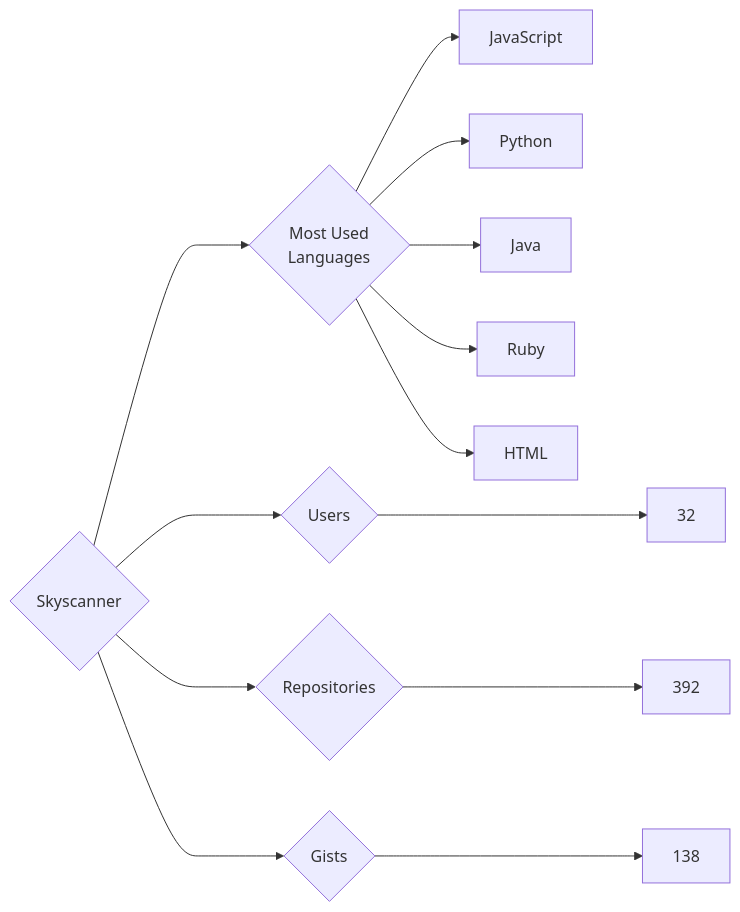
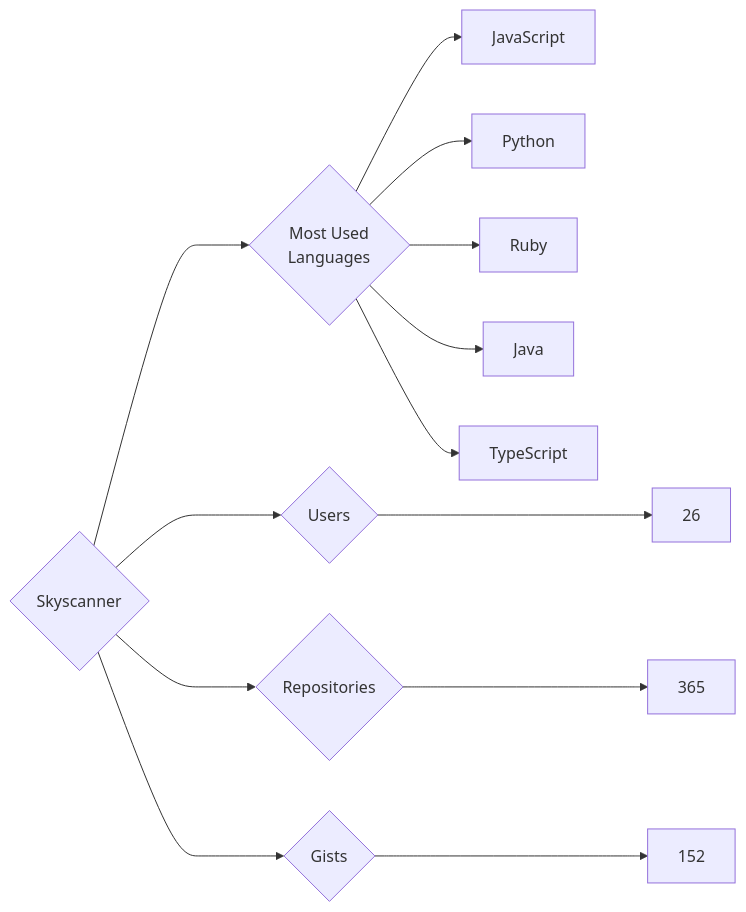
The diagram in targets/Skyscanner/README.md (trickest/insiders), drawn with Mermaid before and after one commit. The commit also changed 920 other files, not shown here.

````diff
--- a/targets/Skyscanner/README.md
+++ b/targets/Skyscanner/README.md
@@ -3,13 +3,13 @@
 ```mermaid
 graph LR
 COMPANY_NAME{Skyscanner}
-COMPANY_NAME ---> U{Users} ---> UN[32]
-COMPANY_NAME ---> R{Repositories} ---> RN[392]
-COMPANY_NAME ---> G{Gists} ---> GN[138]
+COMPANY_NAME ---> U{Users} ---> UN[26]
+COMPANY_NAME ---> R{Repositories} ---> RN[365]
+COMPANY_NAME ---> G{Gists} ---> GN[152]
 COMPANY_NAME ---> ML{Most Used<br>Languages}
 ML --> JavaScript[JavaScript]
 ML --> Python[Python]
+ML --> Ruby[Ruby]
 ML --> Java[Java]
-ML --> Ruby[Ruby]
-ML --> HTML[HTML]
+ML --> TypeScript[TypeScript]
 ```
````
